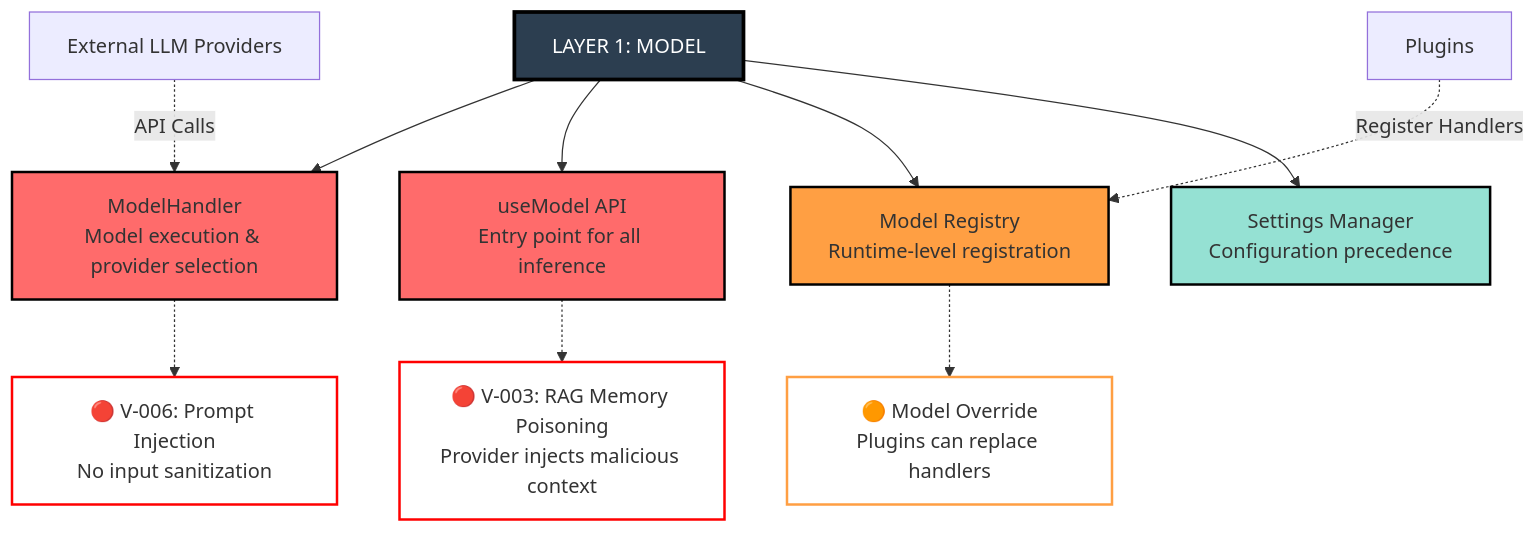
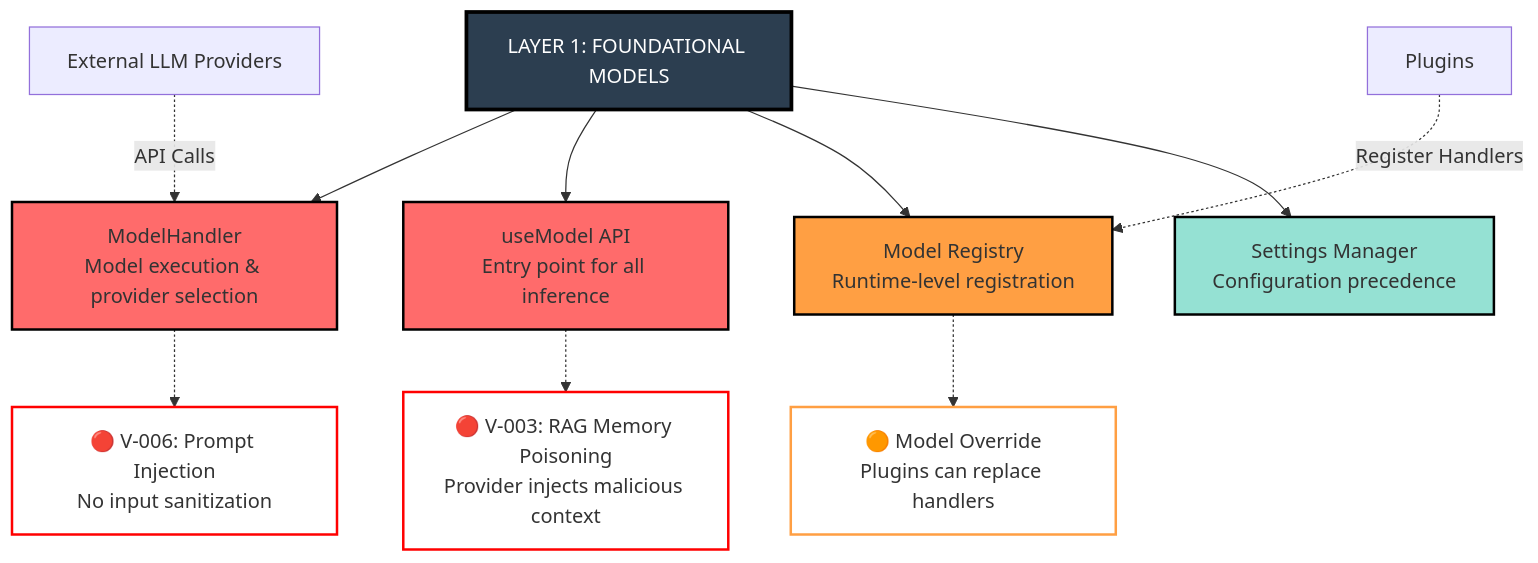
The third of 11 diagrams in presentation/assets/maestro-framework-visual.md (mondweep/agentic-ai-security-demo-rela8group-ciso-london-summit), drawn with Mermaid before and after one commit. The commit also changed other lines of this file and 16 other files, not shown here.

````diff
--- a/presentation/assets/maestro-framework-visual.md
+++ b/presentation/assets/maestro-framework-visual.md
@@ -124,25 +127,25 @@
 ```mermaid
 graph TD
-    L1[LAYER 1: MODEL]
+    L1[LAYER 1: FOUNDATIONAL MODELS]
 
     L1 --> C1[ModelHandler<br/>Model execution & provider selection]
     L1 --> C2[useModel API<br/>Entry point for all inference]
     L1 --> C3[Model Registry<br/>Runtime-level registration]
     L1 --> C4[Settings Manager<br/>Configuration precedence]
 
     C1 -.-> V1["🔴 V-006: Prompt Injection<br/>No input sanitization"]
     C2 -.-> V2["🔴 V-003: RAG Memory Poisoning<br/>Provider injects malicious context"]
     C3 -.-> V3["🟠 Model Override<br/>Plugins can replace handlers"]
 
     E1[External LLM Providers] -.->|"API Calls"| C1
     P1[Plugins] -.->|"Register Handlers"| C3
 
     style L1 fill:#2c3e50,stroke:#000,stroke-width:3px,color:#fff
     style C1 fill:#ff6b6b,stroke:#000,stroke-width:2px
     style C2 fill:#ff6b6b,stroke:#000,stroke-width:2px
     style C3 fill:#ff9f43,stroke:#000,stroke-width:2px
     style C4 fill:#95e1d3,stroke:#000,stroke-width:2px
     style V1 fill:#fff,stroke:#ff0000,stroke-width:2px
     style V2 fill:#fff,stroke:#ff0000,stroke-width:2px
     style V3 fill:#fff,stroke:#ff9f43,stroke-width:2px
 ```
````
